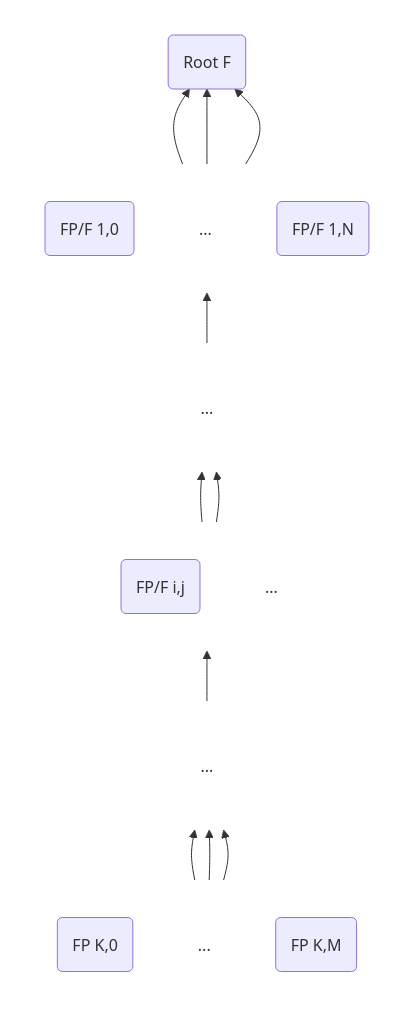
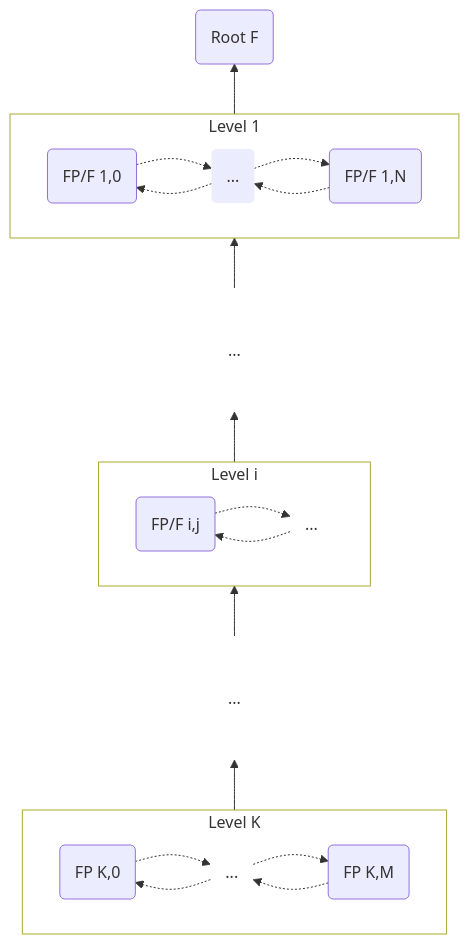
Before and after one commit to cristianmartella/fdsc-scenario-02: the second of 3 diagrams in README.MD, drawn with Mermaid. The commit also changed other lines of this file, not shown here.

Commit message:
enhanced general model diagram readability; added architecture positioning resources

````diff
--- a/README.MD
+++ b/README.MD
@@ -106,68 +108,66 @@
 ```mermaid
-graph BT;
-  subgraph l5[" "]
-  direction TB
+flowchart BT;
+  subgraph l5["Level K"]
+  direction LR
     K0(FP K,0)
     etc5(...)
       style etc5 stroke-width:0px
     KM(FP K,M)
   end
 
   subgraph l4[" "]
-  direction TB
+  direction LR
     etc4(...)
       style etc4 stroke-width:0px
   end
 
-  subgraph l3[" "]
-  direction TB
+  subgraph l3["Level i"]
+  direction LR
     IJ(FP/F i,j)
     etc3(...)
       style etc3 stroke-width:0px
   end
 
   subgraph l2[" "]
-  direction TB
+  direction LR
     etc2(...)
       style etc2 stroke-width:0px
   end
 
-  subgraph l1[" "]
-  direction TB
+  subgraph l1["Level 1"]
+  direction LR
     0(FP/F 1,0)
     etc1(...)
       style etc1 stroke-width:0px
     N(FP/F 1,N)
   end
 
-  subgraph l0[" "]
-    R(Root F)
-  end
 
-  0-->R
-  etc1-->R
-  N-->R
+  R(Root F)
 
-  etc2-->0
+  l5 --> l4
+  l4 --> l3
+  l3 --> l2
+  l2 --> l1
+  l1 --> R
 
-  IJ-->etc2
-  etc3-->etc2
+  0-.->etc1-.->N
+  N-.->etc1-.->0
 
-  etc4-->IJ
+  IJ-.->etc3
+  etc3-.->IJ
 
-  K0-->etc4
-  etc5-->etc4
-  KM-->etc4
+  K0-.->etc5-.->KM
+  KM-.->etc5-.->K0
 
-  style etc1 fill:transparent
   style etc2 fill:transparent
   style etc3 fill:transparent
   style etc4 fill:transparent
   style etc5 fill:transparent
-  style l0 fill:transparent,stroke:transparent
-  style l1 fill:transparent,stroke:transparent
+
+  style l1 fill:transparent
   style l2 fill:transparent,stroke:transparent
-  style l3 fill:transparent,stroke:transparent
+  style l3 fill:transparent
   style l4 fill:transparent,stroke:transparent
-  style l5 fill:transparent,stroke:transparent
+  style l5 fill:transparent
 ```
````
